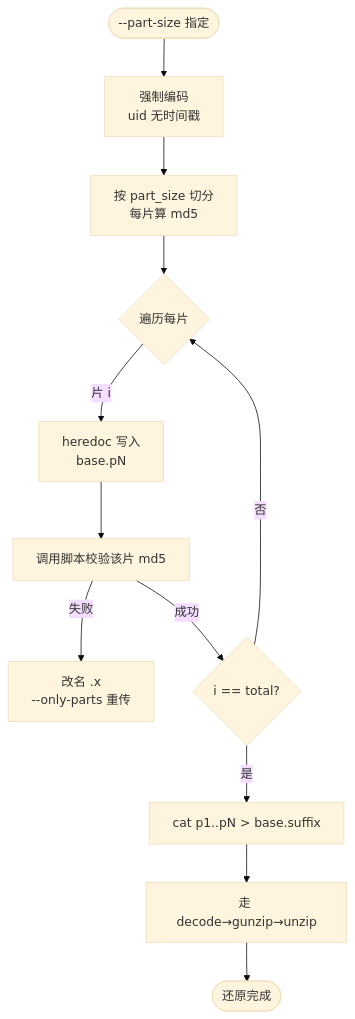
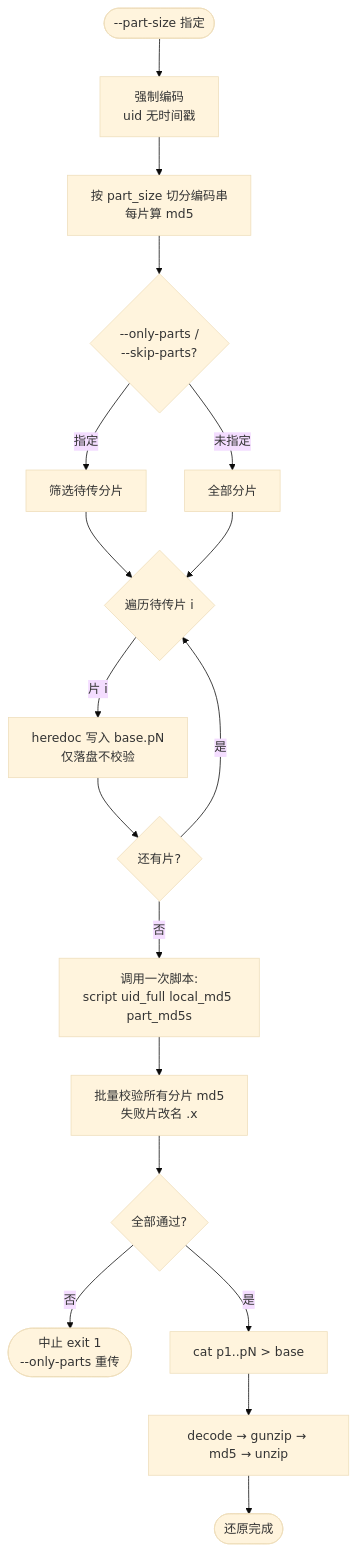
One commit to qzsiniong/typepaste-rs changed the fourth of 4 diagrams in README.md. Above: the diagram before and after it, drawn with Mermaid (base theme).

Commit message:
docs: 更新README中的编码流程流程图
更新了分片处理逻辑，补充了分片筛选步骤和校验流程，调整了最终还原步骤

````diff
--- a/README.md
+++ b/README.md
@@ -119,14 +119,20 @@
 ```mermaid
 flowchart TD
     Start([--part-size 指定]) --> Force[强制编码<br/>uid 无时间戳]
-    Force --> Split[按 part_size 切分<br/>每片算 md5]
-    Split --> Loop{遍历每片}
-    Loop -->|片 i| Heredoc[heredoc 写入<br/>base.pN]
-    Heredoc --> Verify[调用脚本校验该片 md5]
-    Verify -->|失败| MarkX[改名 .x<br/>--only-parts 重传]
-    Verify -->|成功| IsLast{i == total?}
-    IsLast -->|否| Loop
-    IsLast -->|是| Merge[cat p1..pN > base.suffix]
-    Merge --> Restore[走 decode→gunzip→unzip]
+    Force --> Split[按 part_size 切分编码串<br/>每片算 md5]
+    Split --> Select{--only-parts /<br/>--skip-parts?}
+    Select -->|指定| Filter[筛选待传分片]
+    Select -->|未指定| All[全部分片]
+    Filter --> Loop{遍历待传片 i}
+    All --> Loop
+    Loop -->|片 i| Heredoc[heredoc 写入 base.pN<br/>仅落盘不校验]
+    Heredoc --> More{还有片?}
+    More -->|是| Loop
+    More -->|否| Invoke[调用一次脚本:<br/>script uid_full local_md5 part_md5s]
+    Invoke --> Batch[批量校验所有分片 md5<br/>失败片改名 .x]
+    Batch --> Fail{全部通过?}
+    Fail -->|否| Stop([中止 exit 1<br/>--only-parts 重传])
+    Fail -->|是| Merge[cat p1..pN > base]
+    Merge --> Restore[decode → gunzip → md5 → unzip]
     Restore --> Done([还原完成])
 ```
````
